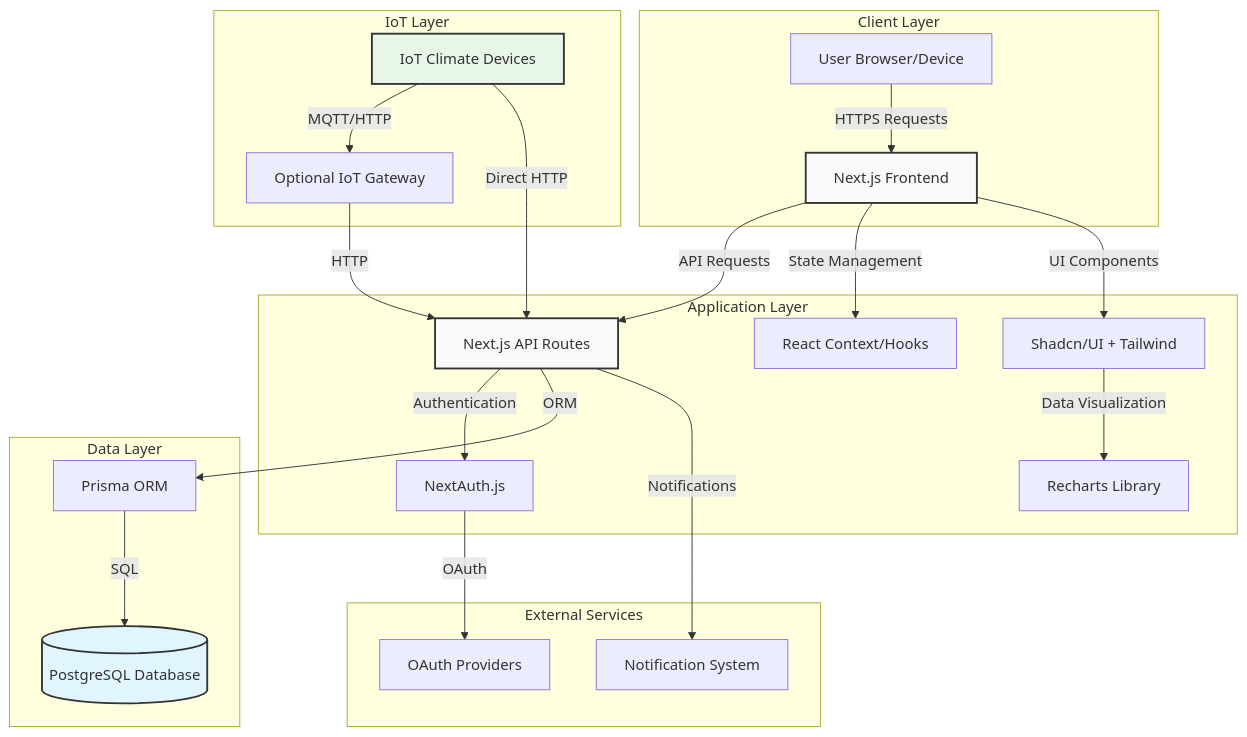
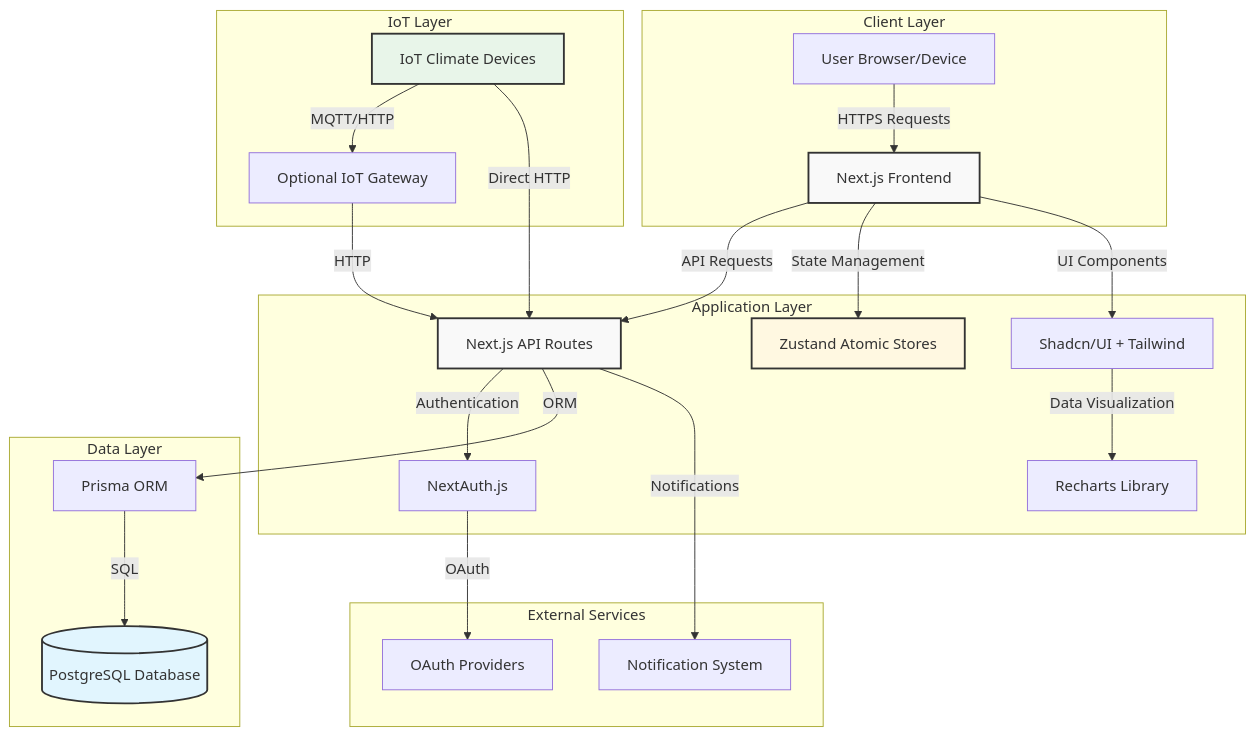
The first of 5 diagrams in README.md (Best-Company-A-S/office-clima-app), drawn with Mermaid before and after one commit. The commit also changed other lines of this file and 12 other files, not shown here.

````diff
--- a/README.md
+++ b/README.md
@@ -59,38 +59,39 @@
 ```mermaid
 graph TD
     subgraph "Client Layer"
         User[User Browser/Device]
         User -->|HTTPS Requests| Frontend[Next.js Frontend]
     end
 
     subgraph "Application Layer"
         Frontend -->|API Requests| API[Next.js API Routes]
         API -->|Authentication| Auth[NextAuth.js]
-        Frontend -->|State Management| React[React Context/Hooks]
+        Frontend -->|State Management| Zustand[Zustand Atomic Stores]
         Frontend -->|UI Components| UI[Shadcn/UI + Tailwind]
         UI -->|Data Visualization| Charts[Recharts Library]
     end
 
     subgraph "Data Layer"
         API -->|ORM| Prisma[Prisma ORM]
         Prisma -->|SQL| DB[(PostgreSQL Database)]
     end
 
     subgraph "IoT Layer"
         IoTDevices[IoT Climate Devices]
         IoTGateway[Optional IoT Gateway]
         IoTDevices -->|MQTT/HTTP| IoTGateway
         IoTGateway -->|HTTP| API
         IoTDevices -->|Direct HTTP| API
     end
 
     subgraph "External Services"
         Auth -->|OAuth| AuthProviders[OAuth Providers]
         API -->|Notifications| NotificationSystem[Notification System]
     end
 
     style Frontend fill:#f9f9f9,stroke:#333,stroke-width:2px
     style API fill:#f9f9f9,stroke:#333,stroke-width:2px
     style DB fill:#e1f5fe,stroke:#333,stroke-width:2px
     style IoTDevices fill:#e8f5e9,stroke:#333,stroke-width:2px
+    style Zustand fill:#fff8e1,stroke:#333,stroke-width:2px
 ```
````
